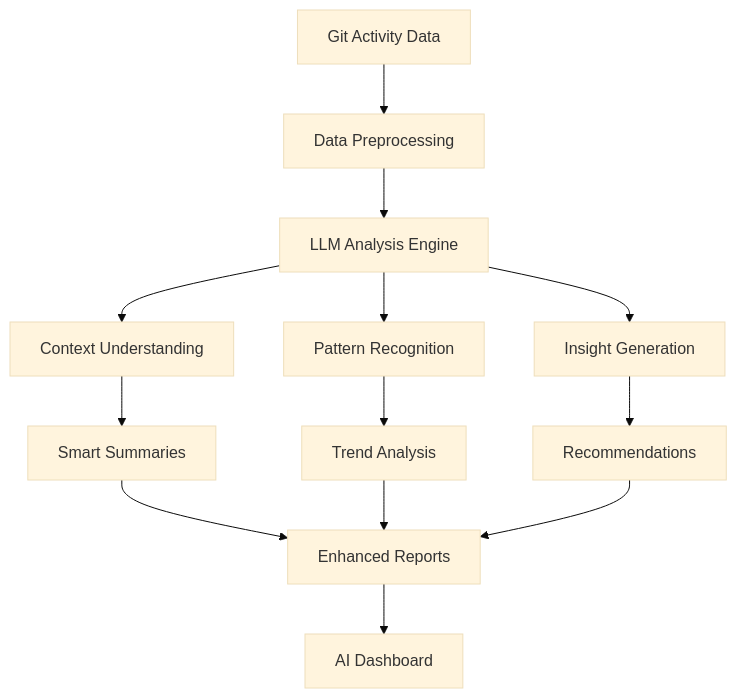
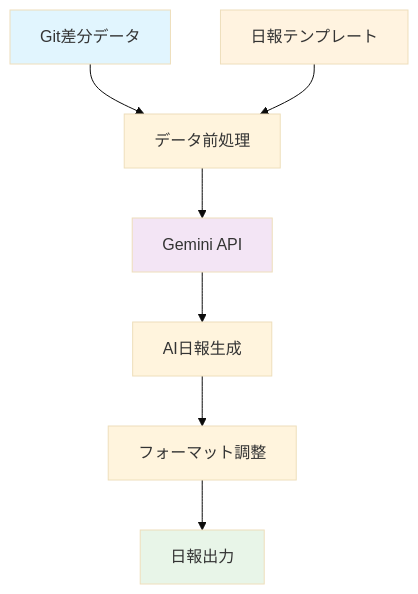
One commit to Sunwood-ai-labsII/daily-report-hub changed the diagram in docs/docs/ai-features.md. Above: the diagram before and after it, drawn with Mermaid (base theme). The commit also changed other lines of this file, not shown here.

````diff
--- a/docs/docs/ai-features.md
+++ b/docs/docs/ai-features.md
@@ -83,15 +54,14 @@
 ```mermaid
 graph TD
-    A[Git Activity Data] --> B[Data Preprocessing]
-    B --> C[LLM Analysis Engine]
-    C --> D[Context Understanding]
-    C --> E[Pattern Recognition]
-    C --> F[Insight Generation]
-    D --> G[Smart Summaries]
-    E --> H[Trend Analysis]
-    F --> I[Recommendations]
-    G --> J[Enhanced Reports]
-    H --> J
-    I --> J
-    J --> K[AI Dashboard]
+    A[Git差分データ] --> C[データ前処理]
+    B[日報テンプレート] --> C
+    C --> D[Gemini API]
+    D --> E[AI日報生成]
+    E --> F[フォーマット調整]
+    F --> G[日報出力]
+    
+    style A fill:#e1f5fe
+    style B fill:#fff3e0
+    style D fill:#f3e5f5
+    style G fill:#e8f5e8
 ```
````
